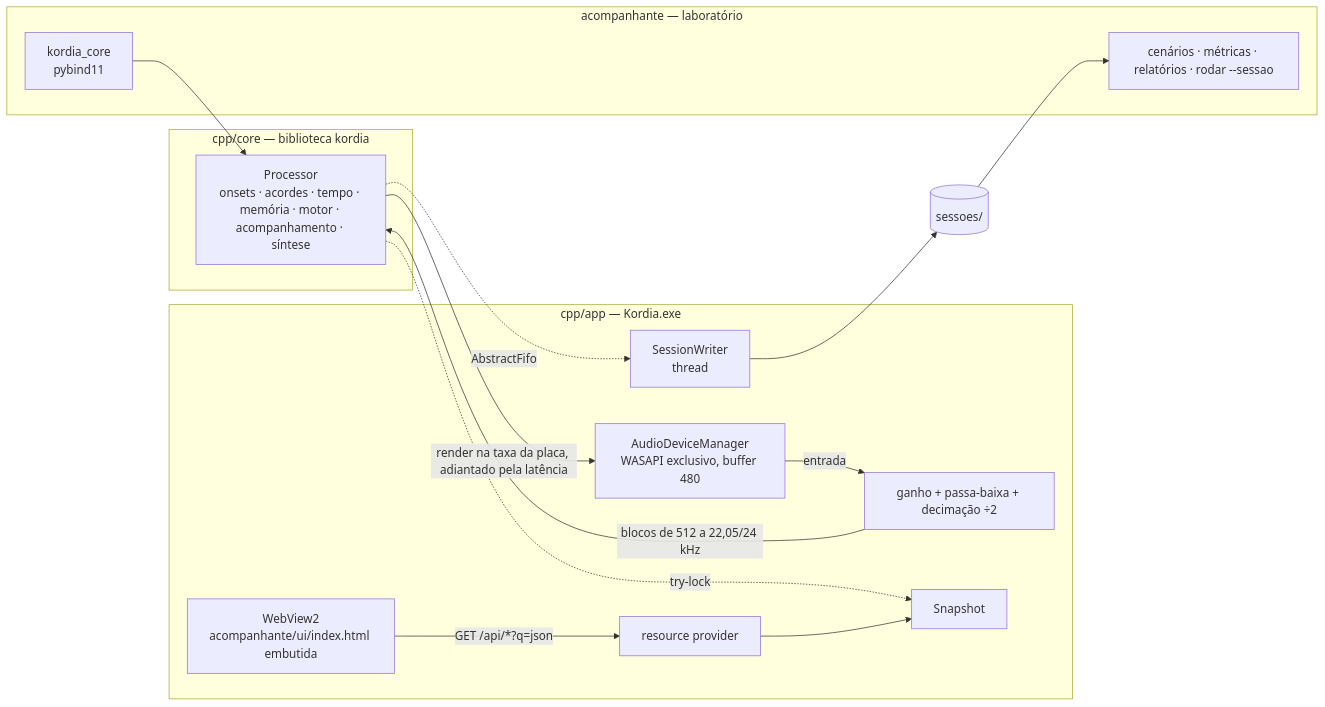
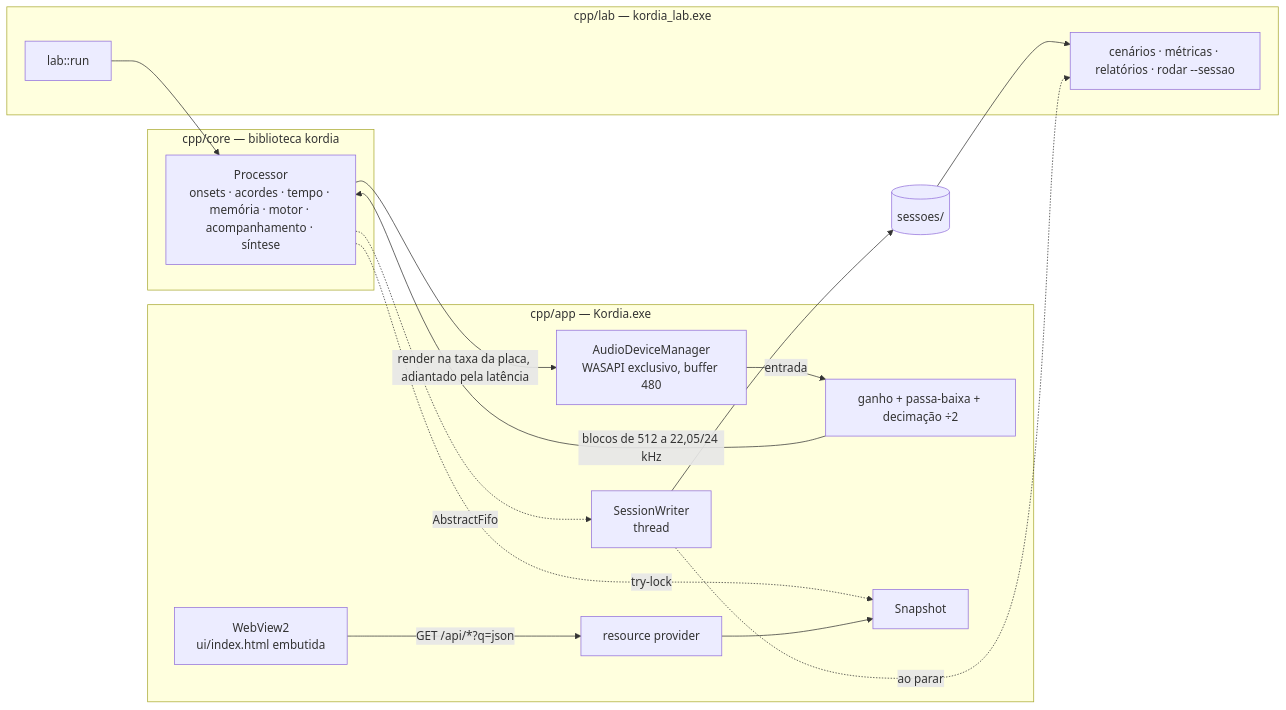
One commit to MatheusPalmieri/kordia changed the third of 3 diagrams in docs/02-arquitetura.md. Above: the diagram before and after it, drawn with Mermaid. The commit also changed other lines of this file and 68 other files, not shown here.

````diff
--- a/docs/02-arquitetura.md
+++ b/docs/02-arquitetura.md
@@ -103,21 +113,22 @@
 ```mermaid
 flowchart LR
     subgraph core[cpp/core — biblioteca kordia]
         PRO[Processor<br/>onsets · acordes · tempo · memória · motor · acompanhamento · síntese]
     end
     subgraph app[cpp/app — Kordia.exe]
         DEV[AudioDeviceManager<br/>WASAPI exclusivo, buffer 480] -->|entrada| DEC[ganho + passa-baixa + decimação ÷2]
         DEC -->|blocos de 512 a 22,05/24 kHz| PRO
         PRO -->|render na taxa da placa, adiantado pela latência| DEV
         PRO -.->|try-lock| SNAP[Snapshot]
         PRO -.->|AbstractFifo| SW[SessionWriter<br/>thread]
-        WEB[WebView2<br/>acompanhante/ui/index.html embutida] -->|GET /api/*?q=json| RP[resource provider]
+        WEB[WebView2<br/>ui/index.html embutida] -->|GET /api/*?q=json| RP[resource provider]
         RP --> SNAP
     end
-    subgraph lab[acompanhante — laboratório]
-        PY[kordia_core<br/>pybind11] --> PRO
+    subgraph lab[cpp/lab — kordia_lab.exe]
+        RUN[lab::run] --> PRO
         MET[cenários · métricas · relatórios · rodar --sessao]
     end
     SW --> DISK[(sessoes/)]
     DISK --> MET
+    SW -.->|ao parar| MET
 ```
````
